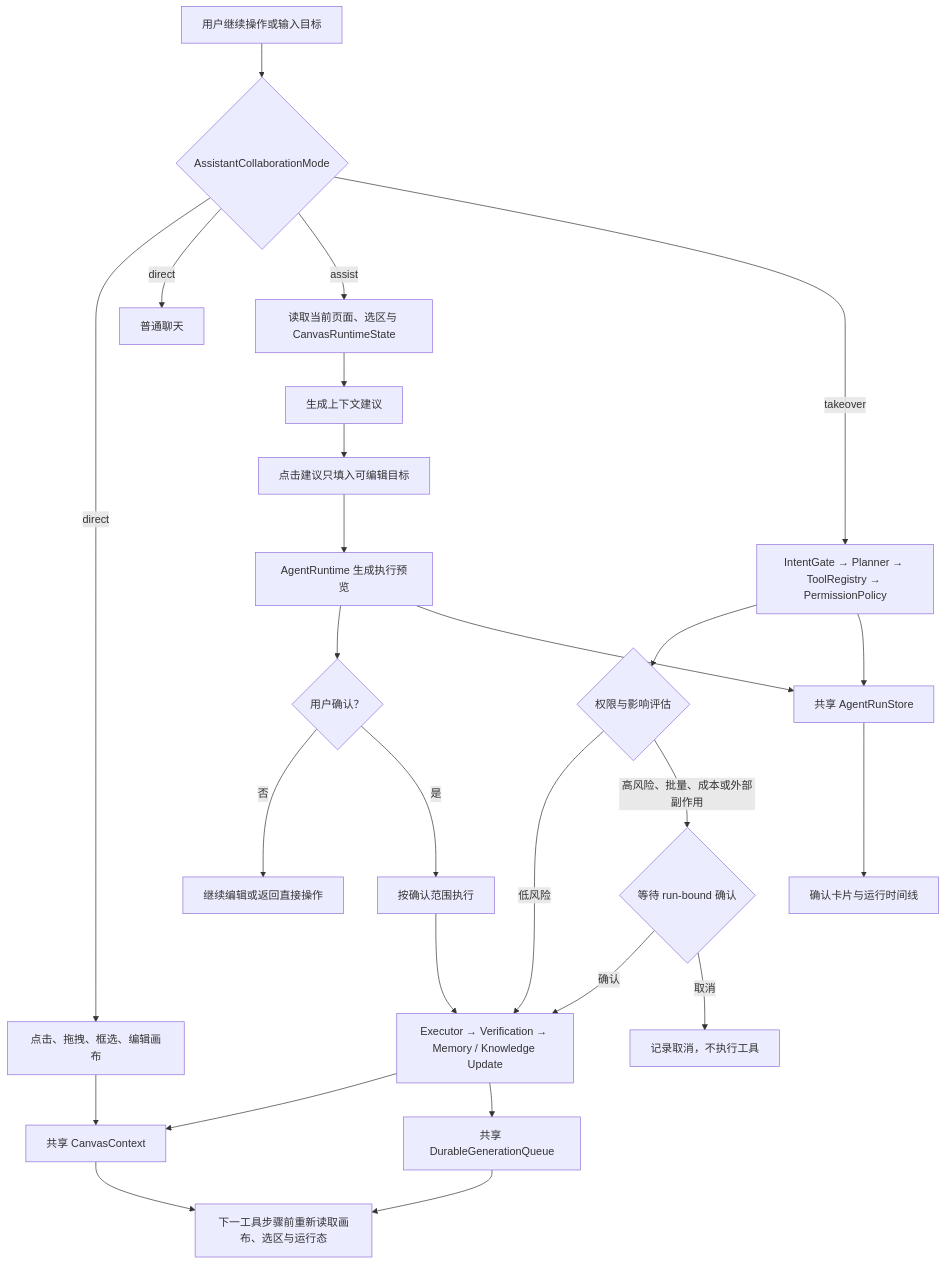
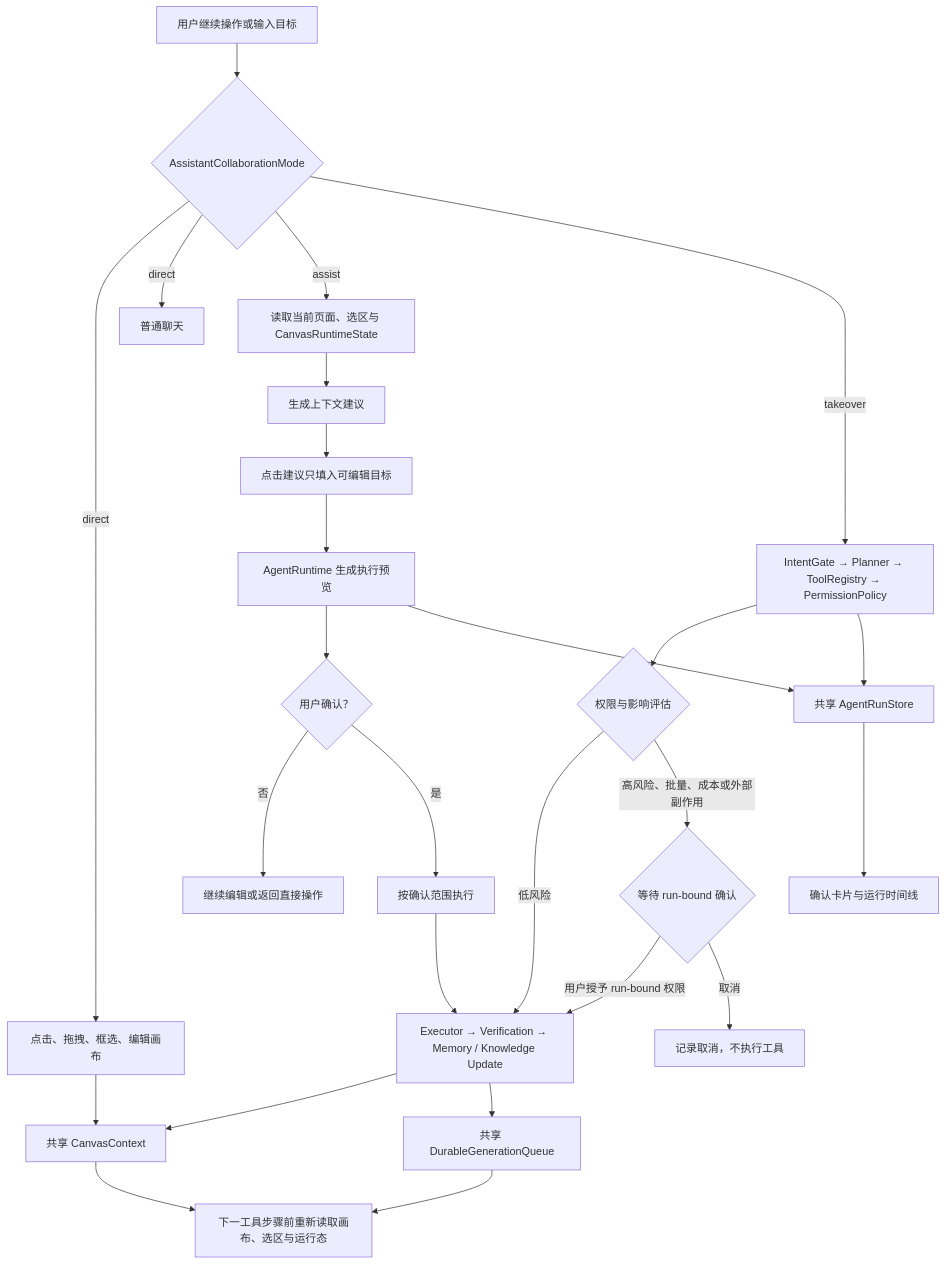
The first of 6 diagrams in docs/ai-assistant/flow-map.md (soudbs180-creator/KK-Studio-1.0.0), drawn with Mermaid before and after one commit. The commit also changed other lines of this file and 99 other files, not shown here.

````diff
--- a/docs/ai-assistant/flow-map.md
+++ b/docs/ai-assistant/flow-map.md
@@ -9,32 +9,32 @@
 ```mermaid
 flowchart TD
     User["用户继续操作或输入目标"] --> Mode{"AssistantCollaborationMode"}
 
     Mode -->|direct| DirectCanvas["点击、拖拽、框选、编辑画布"]
     Mode -->|direct| NormalChat["普通聊天"]
     DirectCanvas --> CanvasContext["共享 CanvasContext"]
 
     Mode -->|assist| LiveContext["读取当前页面、选区与 CanvasRuntimeState"]
     LiveContext --> Suggestions["生成上下文建议"]
     Suggestions --> Composer["点击建议只填入可编辑目标"]
     Composer --> AssistPlan["AgentRuntime 生成执行预览"]
     AssistPlan --> AssistConfirm{"用户确认？"}
     AssistConfirm -->|否| KeepEditing["继续编辑或返回直接操作"]
     AssistConfirm -->|是| ConfirmedExecution["按确认范围执行"]
 
     Mode -->|takeover| Runtime["IntentGate → Planner → ToolRegistry → PermissionPolicy"]
     Runtime --> Risk{"权限与影响评估"}
     Risk -->|低风险| Executor["Executor → Verification → Memory / Knowledge Update"]
     Risk -->|高风险、批量、成本或外部副作用| TakeoverConfirm{"等待 run-bound 确认"}
-    TakeoverConfirm -->|确认| Executor
+    TakeoverConfirm -->|用户授予 run-bound 权限| Executor
     TakeoverConfirm -->|取消| Cancelled["记录取消，不执行工具"]
 
     ConfirmedExecution --> Executor
     Executor --> CanvasContext
     Executor --> Queue["共享 DurableGenerationQueue"]
     Runtime --> RunStore["共享 AgentRunStore"]
     AssistPlan --> RunStore
     RunStore --> Timeline["确认卡片与运行时间线"]
     CanvasContext --> Refresh["下一工具步骤前重新读取画布、选区与运行态"]
     Queue --> Refresh
 ```
````
